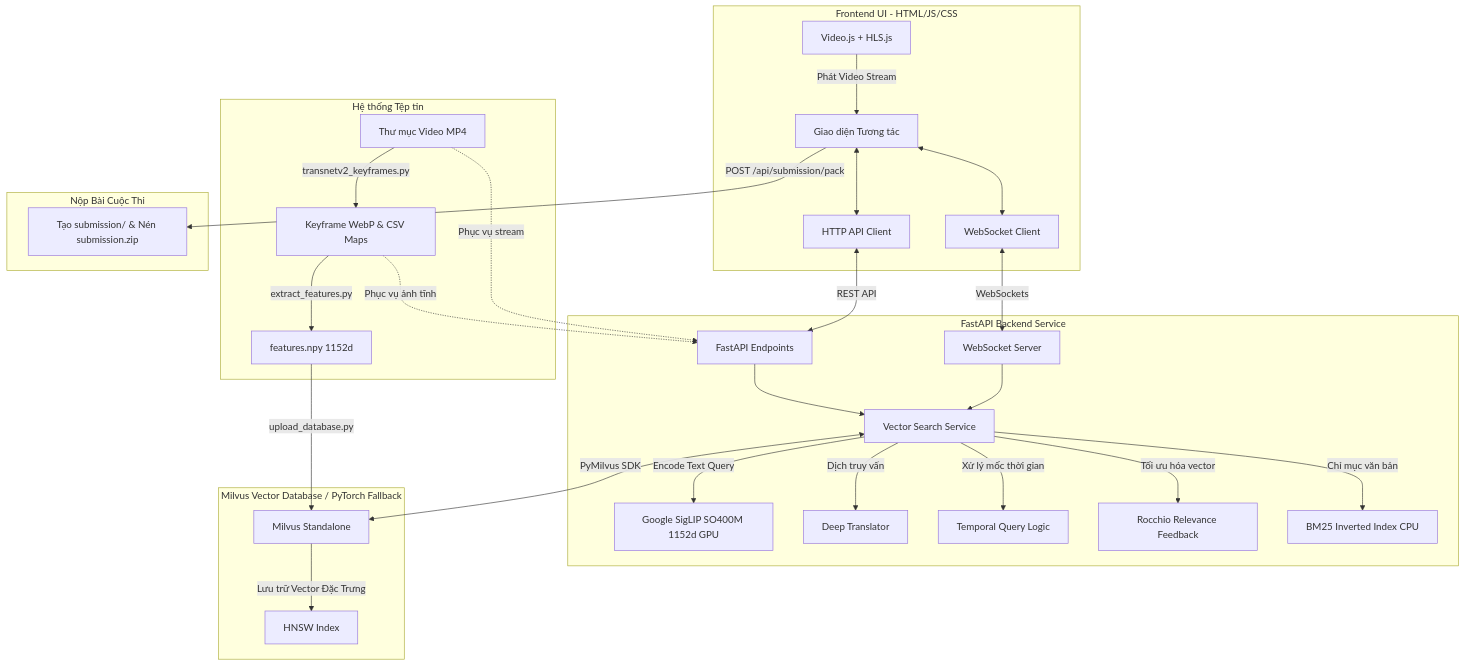
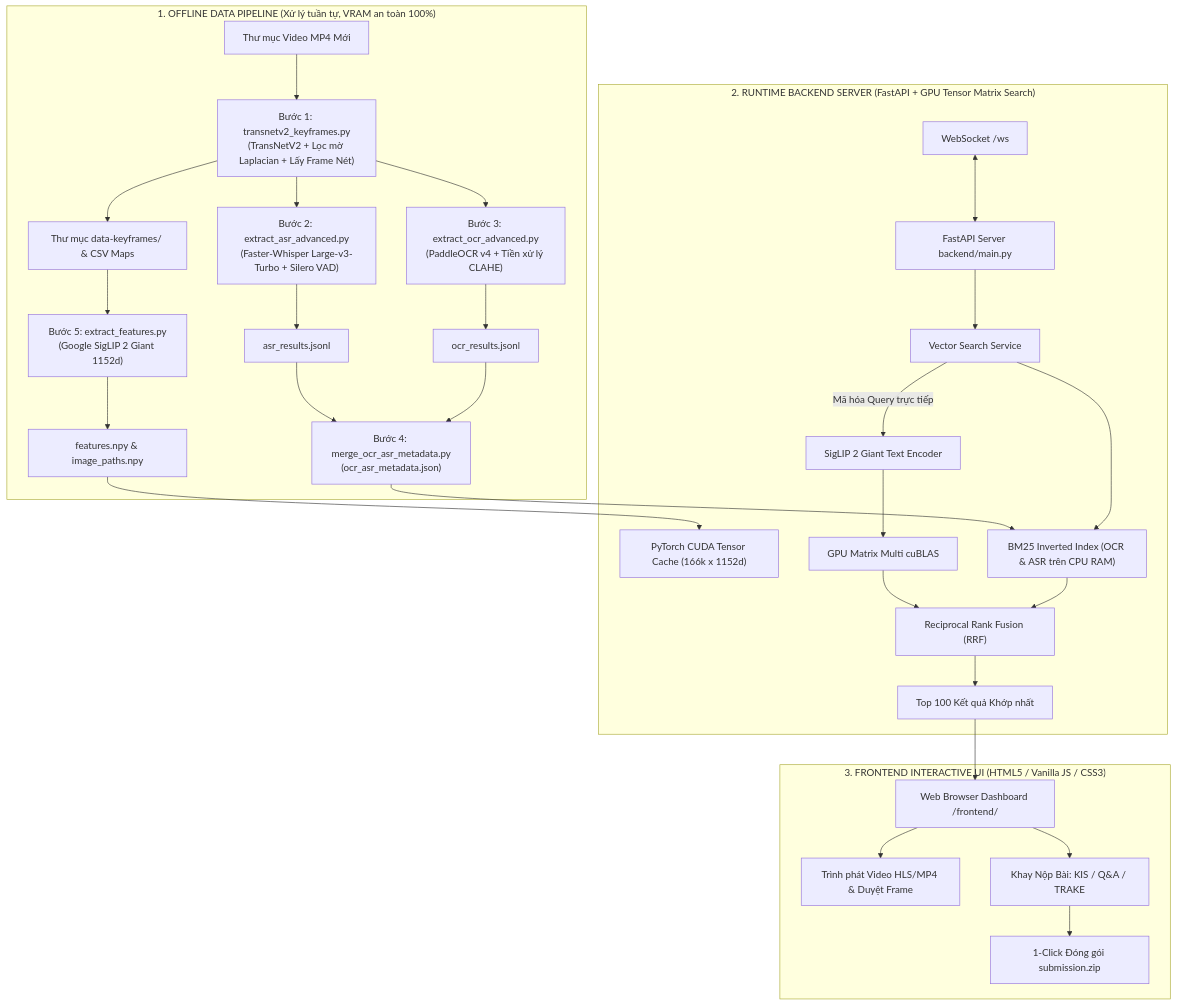
The diagram in README.md (nblong07/code-c-a-Long), drawn with Mermaid before and after one commit. The commit also changed other lines of this file and 45 other files, not shown here.

````diff
--- a/README.md
+++ b/README.md
@@ -19,36 +20,34 @@
 ```mermaid
 graph TD
-    subgraph Client [Frontend UI - HTML/JS/CSS]
-        UI[Giao diện Tương tác] <--> WS_Client[WebSocket Client]
-        UI <--> HTTP_Client[HTTP API Client]
-        VJS[Video.js + HLS.js] -->|Phát Video Stream| UI
+    subgraph "1. OFFLINE DATA PIPELINE (Xử lý tuần tự, VRAM an toàn 100%)"
+        Raw_Videos[Thư mục Video MP4 Mới] --> Step1["Bước 1: transnetv2_keyframes.py<br/>(TransNetV2 + Lọc mờ Laplacian + Lấy Frame Nét)"]
+        Step1 --> Keyframes["Thư mục data-keyframes/ & CSV Maps"]
+        Step1 --> Step2["Bước 2: extract_asr_advanced.py<br/>(Faster-Whisper Large-v3-Turbo + Silero VAD)"]
+        Step1 --> Step3["Bước 3: extract_ocr_advanced.py<br/>(PaddleOCR v4 + Tiền xử lý CLAHE)"]
+        Step2 --> ASR_JSONL["asr_results.jsonl"]
+        Step3 --> OCR_JSONL["ocr_results.jsonl"]
+        ASR_JSONL & OCR_JSONL --> Step4["Bước 4: merge_ocr_asr_metadata.py<br/>(ocr_asr_metadata.json)"]
+        Keyframes --> Step5["Bước 5: extract_features.py<br/>(Google SigLIP 2 Giant 1152d)"]
+        Step5 --> Feats_NPY["features.npy & image_paths.npy"]
     end
 
-    subgraph Backend [FastAPI Backend Service]
-        HTTP_Client <-->|REST API| REST[FastAPI Endpoints]
-        WS_Client <-->|WebSockets| WS_Server[WebSocket Server]
-        REST & WS_Server --> VSS[Vector Search Service]
-        VSS -->|Encode Text Query| CLIP[Google SigLIP SO400M 1152d GPU]
-        VSS -->|Dịch truy vấn| Trans[Deep Translator]
-        VSS -->|Xử lý mốc thời gian| Temp[Temporal Query Logic]
-        VSS -->|Tối ưu hóa vector| Rocchio[Rocchio Relevance Feedback]
-        VSS -->|Chỉ mục văn bản| BM25[BM25 Inverted Index CPU]
+    subgraph "2. RUNTIME BACKEND SERVER (FastAPI + GPU Tensor Matrix Search)"
+        Feats_NPY --> GPU_Tensor["PyTorch CUDA Tensor Cache (166k x 1152d)"]
+        Step4 --> BM25_Engine["BM25 Inverted Index (OCR & ASR trên CPU RAM)"]
+        
+        Client_WS[WebSocket /ws] <--> Main_FastAPI[FastAPI Server backend/main.py]
+        Main_FastAPI --> VSS[Vector Search Service]
+        VSS -->|Mã hóa Query trực tiếp| SigLIP_Encoder[SigLIP 2 Giant Text Encoder]
+        SigLIP_Encoder --> Dense_Search[GPU Matrix Multi cuBLAS]
+        VSS --> BM25_Engine
+        Dense_Search & BM25_Engine --> RRF_Fusion["Reciprocal Rank Fusion (RRF)"]
+        RRF_Fusion --> Ranked_Results[Top 100 Kết quả Khớp nhất]
     end
 
-    subgraph Database [Milvus Vector Database / PyTorch Fallback]
-        VSS <-->|PyMilvus SDK| Milvus[Milvus Standalone]
-        Milvus -->|Lưu trữ Vector Đặc Trưng| HNSW[HNSW Index]
-    end
-
-    subgraph Data_Files [Hệ thống Tệp tin]
-        Video[Thư mục Video MP4] -->|transnetv2_keyframes.py| Keyframes[Keyframe WebP & CSV Maps]
-        Keyframes -->|extract_features.py| Feats[features.npy 1152d]
-        Feats -->|upload_database.py| Milvus
-        Keyframes -.->|Phục vụ ảnh tĩnh| REST
-        Video -.->|Phục vụ stream| REST
-    end
-
-    subgraph Submission_Artifact [Nộp Bài Cuộc Thi]
-        UI -->|POST /api/submission/pack| Pack[Tạo submission/ & Nén submission.zip]
+    subgraph "3. FRONTEND INTERACTIVE UI (HTML5 / Vanilla JS / CSS3)"
+        Ranked_Results --> Web_UI[Web Browser Dashboard /frontend/]
+        Web_UI --> Player[Trình phát Video HLS/MP4 & Duyệt Frame]
+        Web_UI --> Tray[Khay Nộp Bài: KIS / Q&A / TRAKE]
+        Tray --> Submission_Packer[1-Click Đóng gói submission.zip]
     end
 ```
````
